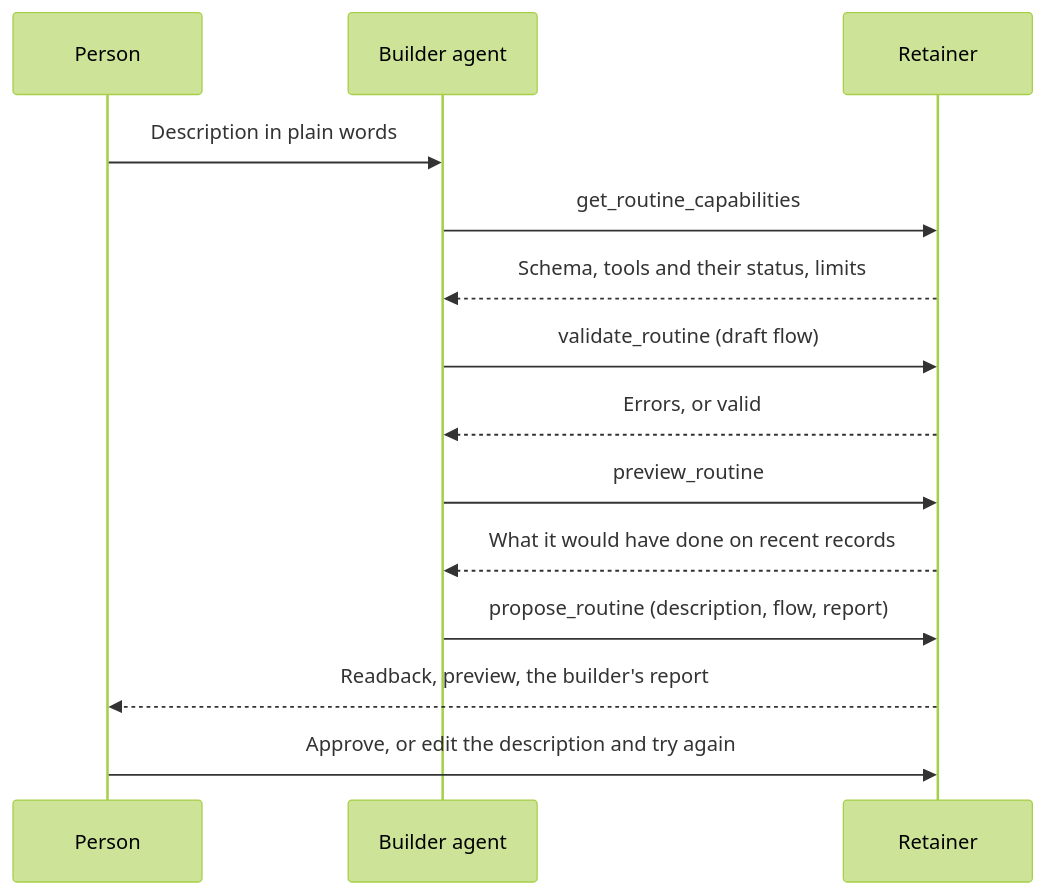
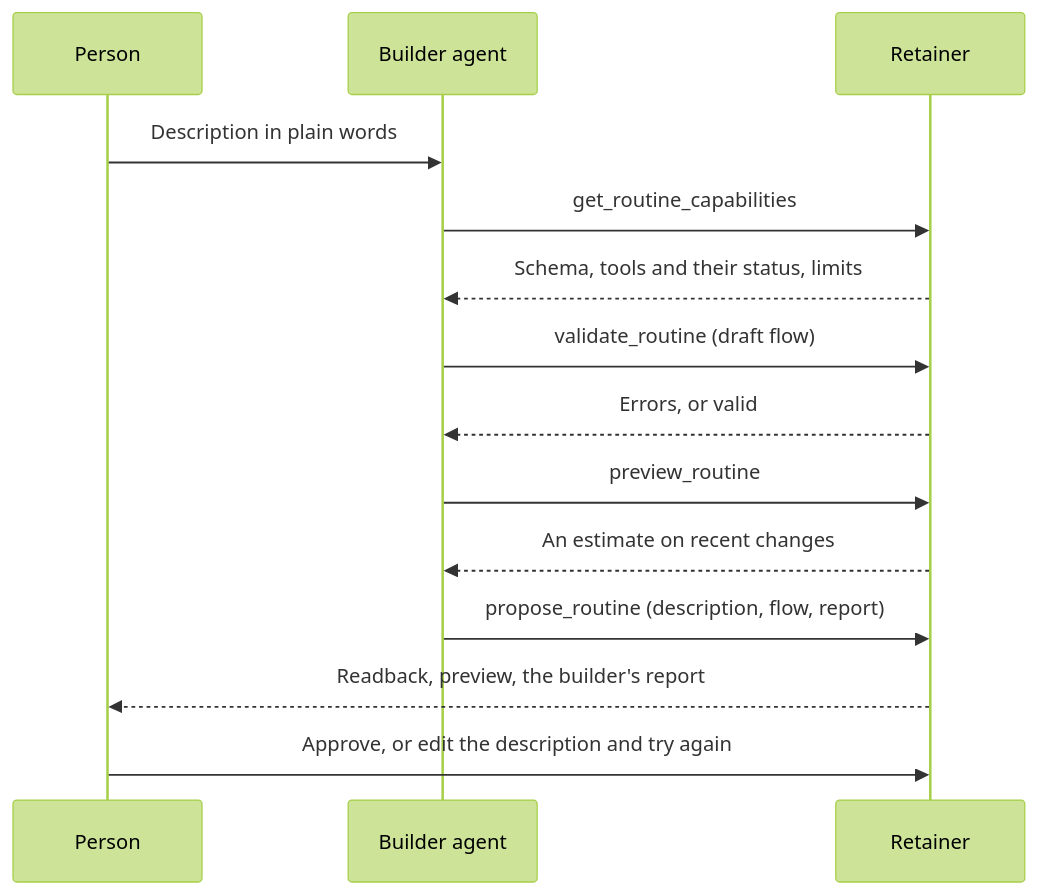
The third of 5 diagrams in docs/specs/routines.md (Tamloot-cc/Retainer), drawn with Mermaid (forest theme) before and after one commit. The commit also changed other lines of this file, not shown here.

````diff
--- a/docs/specs/routines.md
+++ b/docs/specs/routines.md
@@ -320,16 +437,16 @@
 ```mermaid
 sequenceDiagram
   participant P as Person
   participant B as Builder agent
   participant R as Retainer
   P->>B: Description in plain words
   B->>R: get_routine_capabilities
   R-->>B: Schema, tools and their status, limits
   B->>R: validate_routine (draft flow)
   R-->>B: Errors, or valid
   B->>R: preview_routine
-  R-->>B: What it would have done on recent records
+  R-->>B: An estimate on recent changes
   B->>R: propose_routine (description, flow, report)
   R-->>P: Readback, preview, the builder's report
   P->>R: Approve, or edit the description and try again
 ```
````
